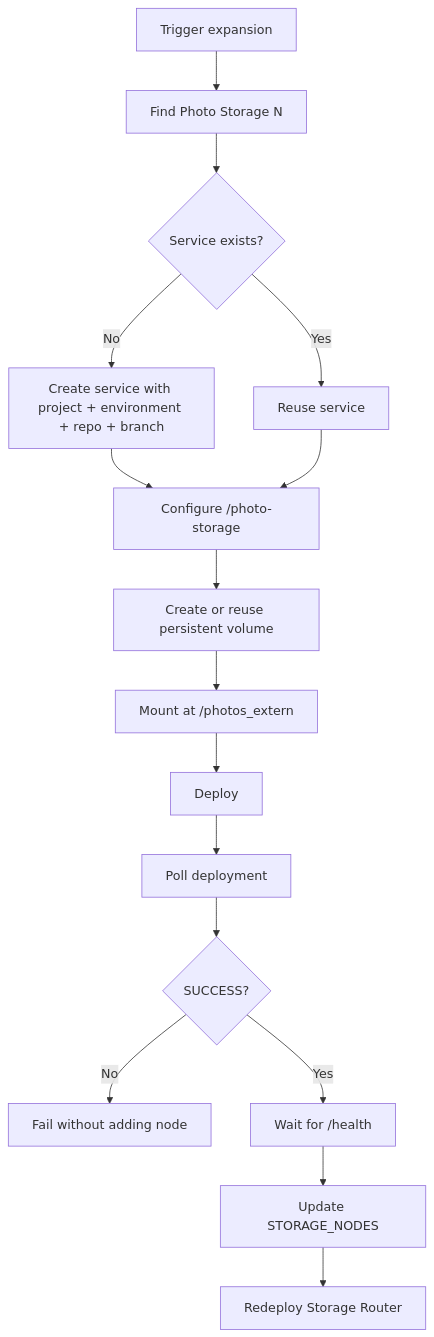
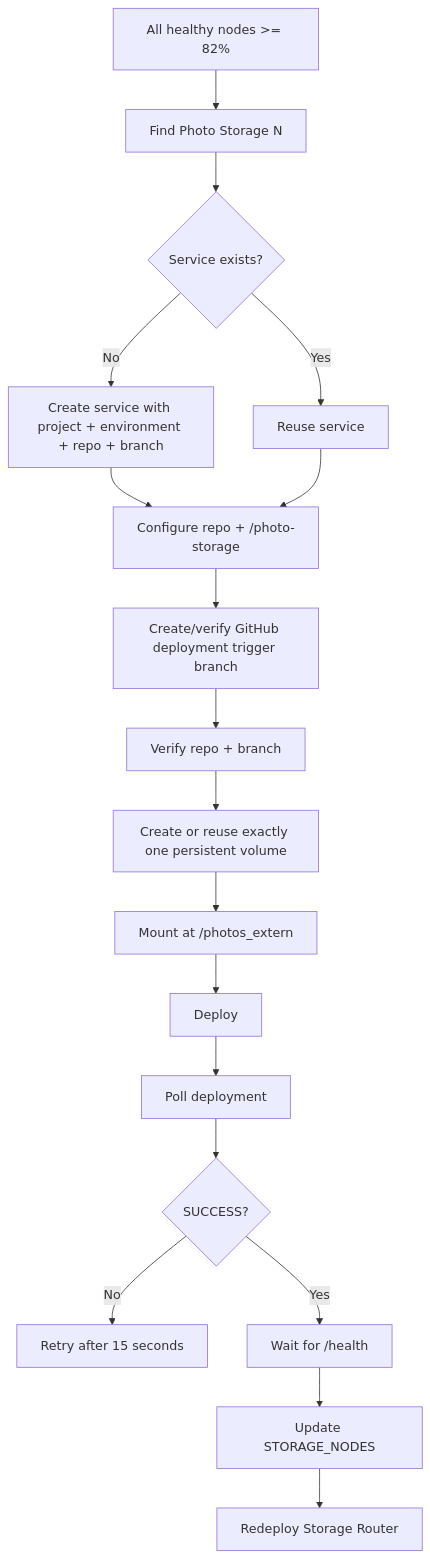
The fourth of 6 diagrams in storage-router/README.md (bowardzhang/immich), drawn with Mermaid before and after one commit. The commit also changed other lines of this file, not shown here.

Commit message:
docs(storage): document proactive expansion timing

````diff
--- a/storage-router/README.md
+++ b/storage-router/README.md
@@ -124,18 +131,20 @@
 ```mermaid
 flowchart TD
-    A[Trigger expansion] --> B[Find Photo Storage N]
+    A[All healthy nodes >= 82%] --> B[Find Photo Storage N]
     B --> C{Service exists?}
     C -- No --> D[Create service with project + environment + repo + branch]
     C -- Yes --> E[Reuse service]
-    D --> F[Configure /photo-storage]
+    D --> F[Configure repo + /photo-storage]
     E --> F
-    F --> G[Create or reuse persistent volume]
-    G --> H[Mount at /photos_extern]
-    H --> I[Deploy]
-    I --> J[Poll deployment]
-    J --> K{SUCCESS?}
-    K -- No --> X[Fail without adding node]
-    K -- Yes --> L[Wait for /health]
-    L --> M[Update STORAGE_NODES]
-    M --> N[Redeploy Storage Router]
+    F --> G[Create/verify GitHub deployment trigger branch]
+    G --> H[Verify repo + branch]
+    H --> I[Create or reuse exactly one persistent volume]
+    I --> J[Mount at /photos_extern]
+    J --> K[Deploy]
+    K --> L[Poll deployment]
+    L --> M{SUCCESS?}
+    M -- No --> X[Retry after 15 seconds]
+    M -- Yes --> N[Wait for /health]
+    N --> O[Update STORAGE_NODES]
+    O --> P[Redeploy Storage Router]
 ```
````
